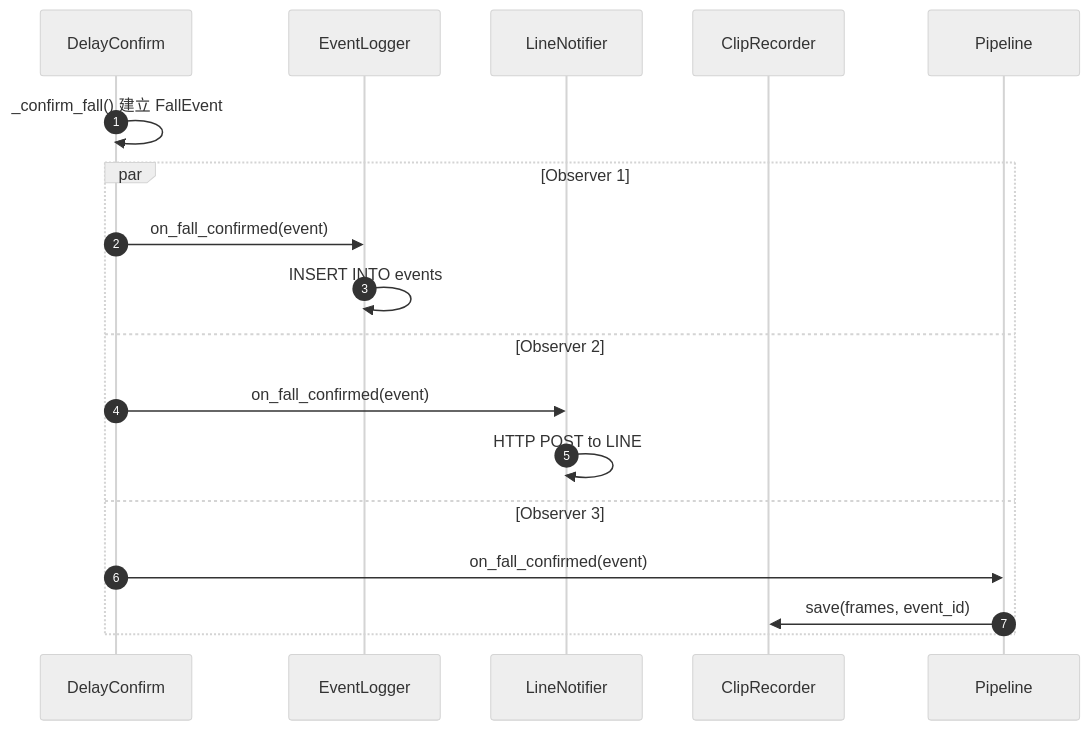
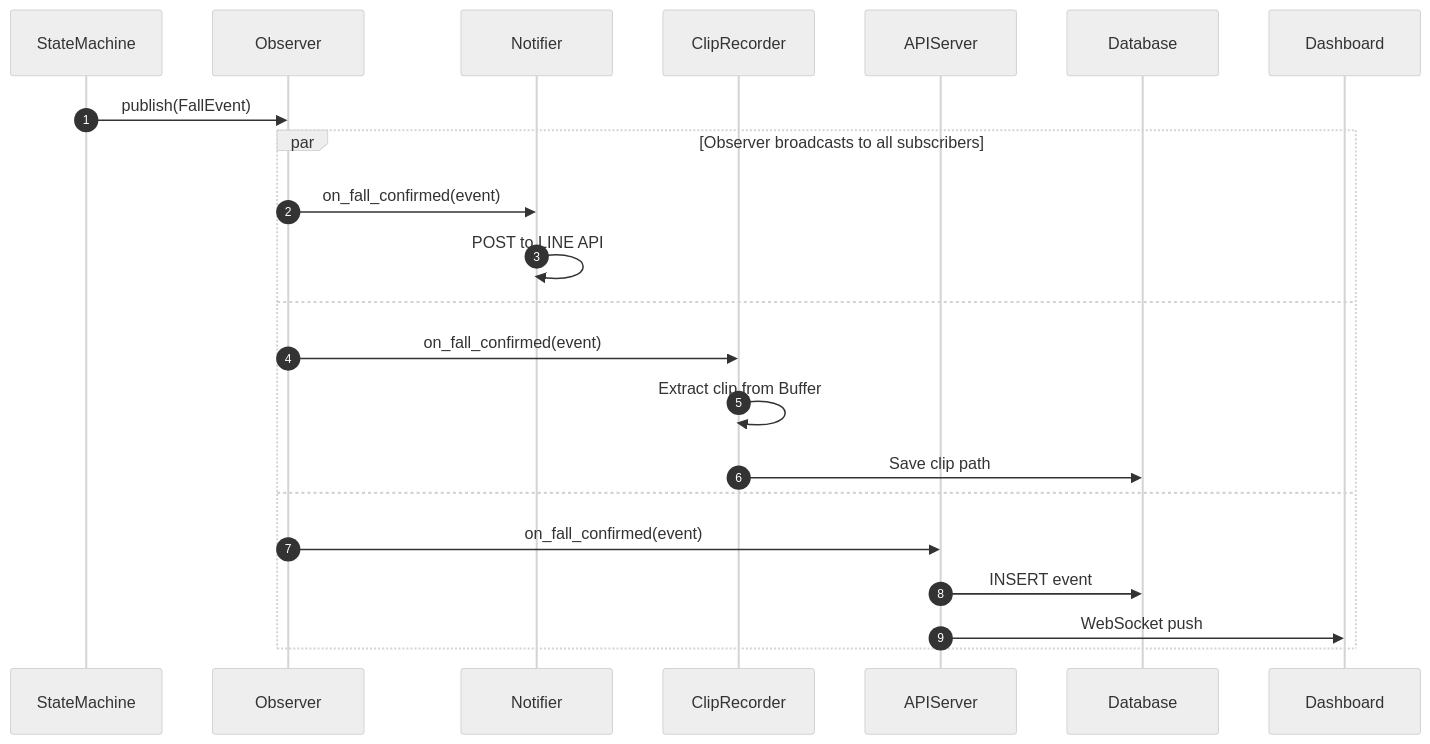
The seventh of 10 diagrams in docs/ARCHITECTURE.md (kionce57/FDS), drawn with Mermaid (neutral theme) before and after one commit. The commit also changed other lines of this file and 4 other files, not shown here.

First line of the commit message:
docs: add dual-pipeline architecture and future design drafts

````diff
--- a/docs/ARCHITECTURE.md
+++ b/docs/ARCHITECTURE.md
@@ -183,22 +347,26 @@
 ```mermaid
 sequenceDiagram
     autonumber
-    participant DC as DelayConfirm
-    participant EL as EventLogger
-    participant LN as LineNotifier
+    participant SM as StateMachine
+    participant Obs as Observer
+    participant NT as Notifier
     participant CR as ClipRecorder
-    participant Pipeline
+    participant API as APIServer
+    participant DB as Database
+    participant Dash as Dashboard
 
-    DC->>DC: _confirm_fall() 建立 FallEvent
+    SM->>Obs: publish(FallEvent)
 
-    par Observer 1
-        DC->>EL: on_fall_confirmed(event)
-        EL->>EL: INSERT INTO events
-    and Observer 2
-        DC->>LN: on_fall_confirmed(event)
-        LN->>LN: HTTP POST to LINE
-    and Observer 3
-        DC->>Pipeline: on_fall_confirmed(event)
-        Pipeline->>CR: save(frames, event_id)
+    par Observer broadcasts to all subscribers
+        Obs->>NT: on_fall_confirmed(event)
+        NT->>NT: POST to LINE API
+    and
+        Obs->>CR: on_fall_confirmed(event)
+        CR->>CR: Extract clip from Buffer
+        CR->>DB: Save clip path
+    and
+        Obs->>API: on_fall_confirmed(event)
+        API->>DB: INSERT event
+        API->>Dash: WebSocket push
     end
 ```
````
